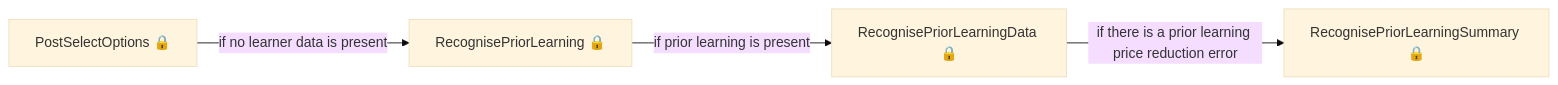
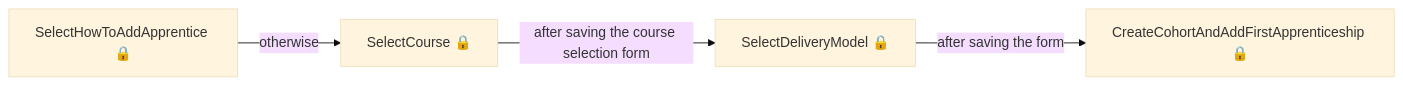
The second of 10 diagrams in das-providercommitments/user-journeys/user-journeys.md (talentconsulting/atlas-dfe), drawn with Mermaid (base theme) before and after one commit. The commit also changed other lines of this file and 36 other files, not shown here.

````diff
--- a/das-providercommitments/user-journeys/user-journeys.md
+++ b/das-providercommitments/user-journeys/user-journeys.md
@@ -19,6 +20,6 @@
 ```mermaid
 flowchart LR
-  p0["PostSelectOptions 🔒"] -->|"if no learner data is present"| p1["RecognisePriorLearning 🔒"]
-  p1["RecognisePriorLearning 🔒"] -->|"if prior learning is present"| p2["RecognisePriorLearningData 🔒"]
-  p2["RecognisePriorLearningData 🔒"] -->|"if there is a prior learning price reduction error"| p3["RecognisePriorLearningSummary 🔒"]
+  p0["SelectHowToAddApprentice 🔒"] -->|"otherwise"| p1["SelectCourse 🔒"]
+  p1["SelectCourse 🔒"] -->|"after saving the course selection form"| p2["SelectDeliveryModel 🔒"]
+  p2["SelectDeliveryModel 🔒"] -->|"after saving the form"| p3["CreateCohortAndAddFirstApprenticeship 🔒"]
 ```
````
